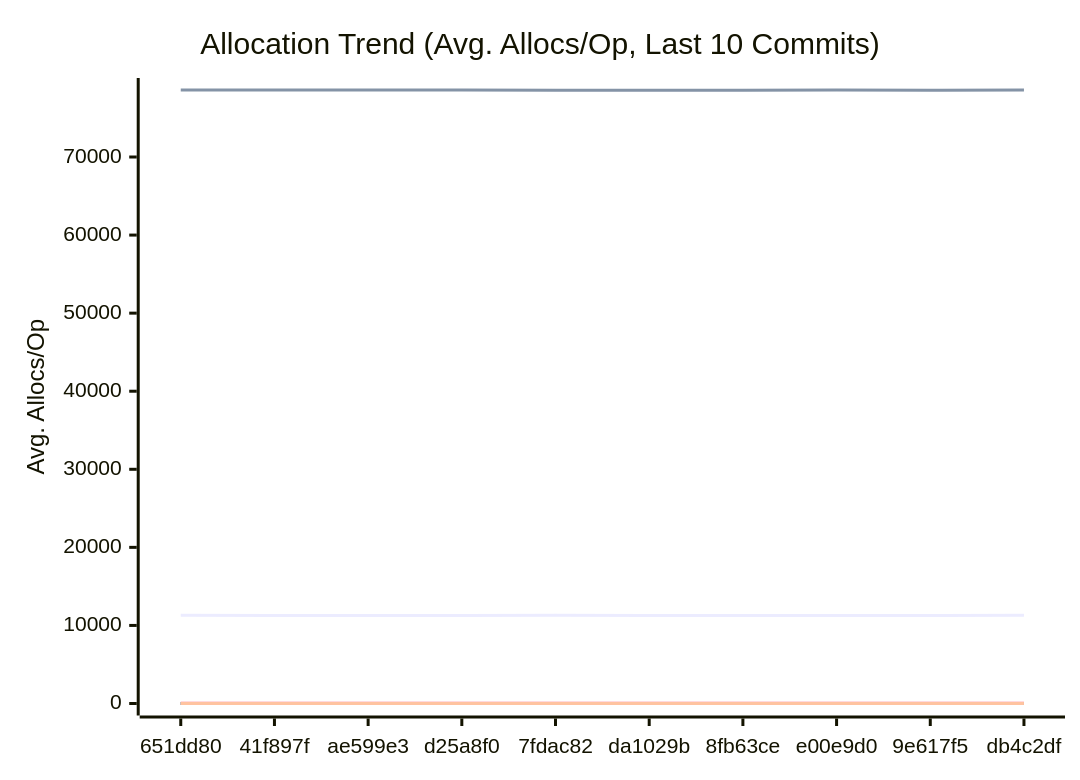
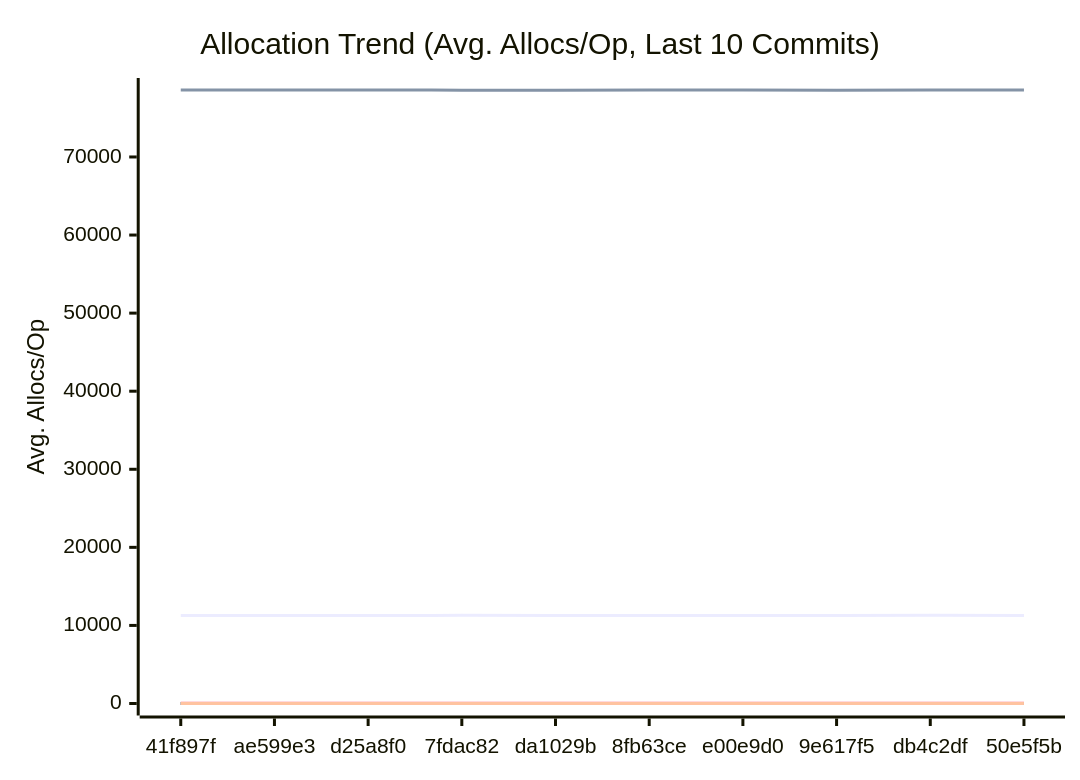
One commit to alsotoes/momo changed the third of 3 diagrams in docs/PERFORMANCE.md. Above: the diagram before and after it, drawn with Mermaid. The commit also changed other lines of this file and 3 other files, not shown here.

````diff
--- a/docs/PERFORMANCE.md
+++ b/docs/PERFORMANCE.md
@@ -197,20 +197,20 @@
 ```mermaid
 xychart-beta
     title "Allocation Trend (Avg. Allocs/Op, Last 10 Commits)"
     x-axis "Commit"
     y-axis "Avg. Allocs/Op"
-    x-axis [651dd80,41f897f,ae599e3,d25a8f0,7fdac82,da1029b,8fb63ce,e00e9d0,9e617f5,db4c2df]
-    line "AWSChunkedReaderSigned" [11290,11275,11278,11276,11292,11270,11274,11274,11275,11292]
-    line "AWSChunkedReaderUnsigned" [78583,78570,78570,78570,78560,78555,78563,78570,78558,78578]
+    x-axis [41f897f,ae599e3,d25a8f0,7fdac82,da1029b,8fb63ce,e00e9d0,9e617f5,db4c2df,50e5f5b]
+    line "AWSChunkedReaderSigned" [11275,11278,11276,11292,11270,11274,11274,11275,11292,11274]
+    line "AWSChunkedReaderUnsigned" [78570,78570,78570,78560,78555,78563,78570,78558,78578,78566]
     line "CheckMetricsAndSwap" [0,0,0,0,0,0,0,0,0,0]
     line "CrushOptimized" [0,0,0,0,0,0,0,0,0,0]
     line "CrushOriginal" [3,3,3,3,3,3,3,3,3,3]
     line "IndexDirectTracking" [0,0,0,0,0,0,0,0,0,0]
     line "IndexSearch" [0,0,0,0,0,0,0,0,0,0]
     line "LoadGlobalConfig" [54,54,54,54,54,54,54,54,54,54]
     line "PadString" [1,1,1,1,1,1,1,1,1,1]
     line "ParseReplicationOrder_NoPrealloc" [6,6,6,6,6,5,5,5,5,5]
     line "ParseReplicationOrder_Prealloc" [2,2,2,2,2,1,1,1,1,1]
     line "SanitizeLog/Safe" [0,0,0,0,0,0,0,0,0,0]
     line "SanitizeLog/Unsafe" [1,1,1,1,1,1,1,1,1,1]
 ```
````
